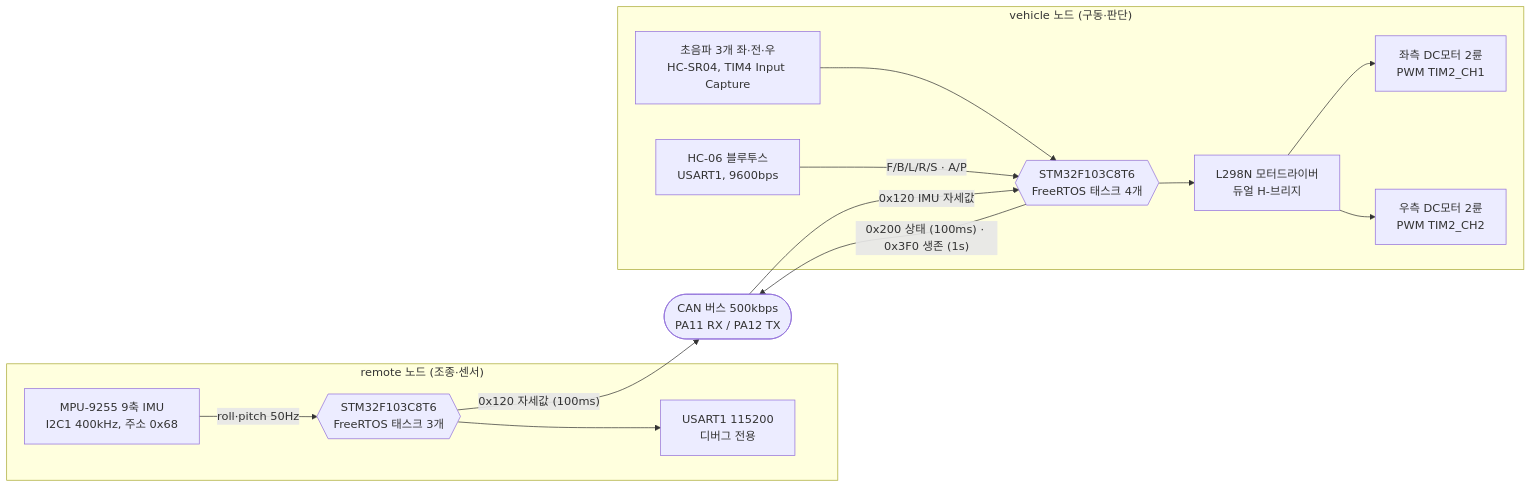
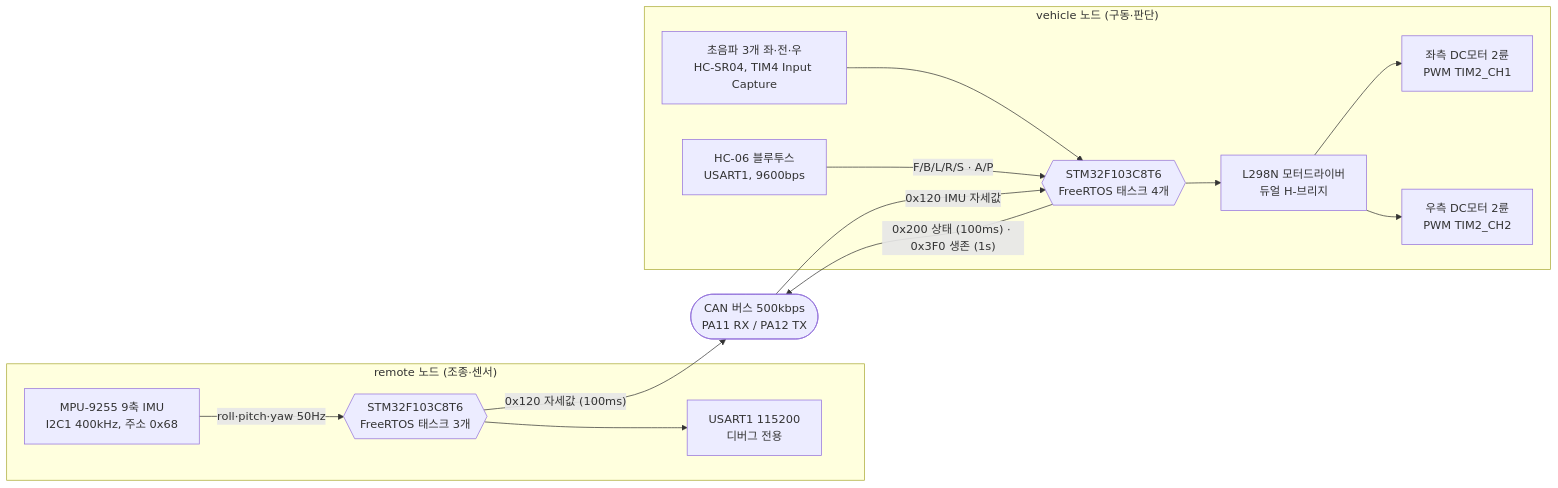
Before and after one commit to dlgus0630/Project03_SelfDrivingCar: the first of 3 diagrams in README.md, drawn with Mermaid. The commit also changed other lines of this file and 8 other files, not shown here.

````diff
--- a/README.md
+++ b/README.md
@@ -348,32 +368,32 @@
 ```mermaid
 flowchart LR
     subgraph REMOTE["remote 노드 (조종·센서)"]
         IMU["MPU-9255 9축 IMU<br/>I2C1 400kHz, 주소 0x68"]
         MCU_R{{"STM32F103C8T6<br/>FreeRTOS 태스크 3개"}}
         DBG["USART1 115200<br/>디버그 전용"]
     end
 
     BUS(["CAN 버스 500kbps<br/>PA11 RX / PA12 TX"])
 
     subgraph VEHICLE["vehicle 노드 (구동·판단)"]
         US["초음파 3개 좌·전·우<br/>HC-SR04, TIM4 Input Capture"]
         BT["HC-06 블루투스<br/>USART1, 9600bps"]
         MCU_V{{"STM32F103C8T6<br/>FreeRTOS 태스크 4개"}}
         L298["L298N 모터드라이버<br/>듀얼 H-브리지"]
         M_L["좌측 DC모터 2륜<br/>PWM TIM2_CH1"]
         M_R["우측 DC모터 2륜<br/>PWM TIM2_CH2"]
     end
 
-    IMU -- "roll·pitch 50Hz" --> MCU_R
+    IMU -- "roll·pitch·yaw 50Hz" --> MCU_R
     MCU_R --> DBG
     MCU_R -- "0x120 자세값 (100ms)" --> BUS
 
     US --> MCU_V
     BT -- "F/B/L/R/S · A/P" --> MCU_V
     BUS -- "0x120 IMU 자세값" --> MCU_V
     MCU_V -- "0x200 상태 (100ms) · 0x3F0 생존 (1s)" --> BUS
 
     MCU_V --> L298
     L298 --> M_L
     L298 --> M_R
 ```
````
